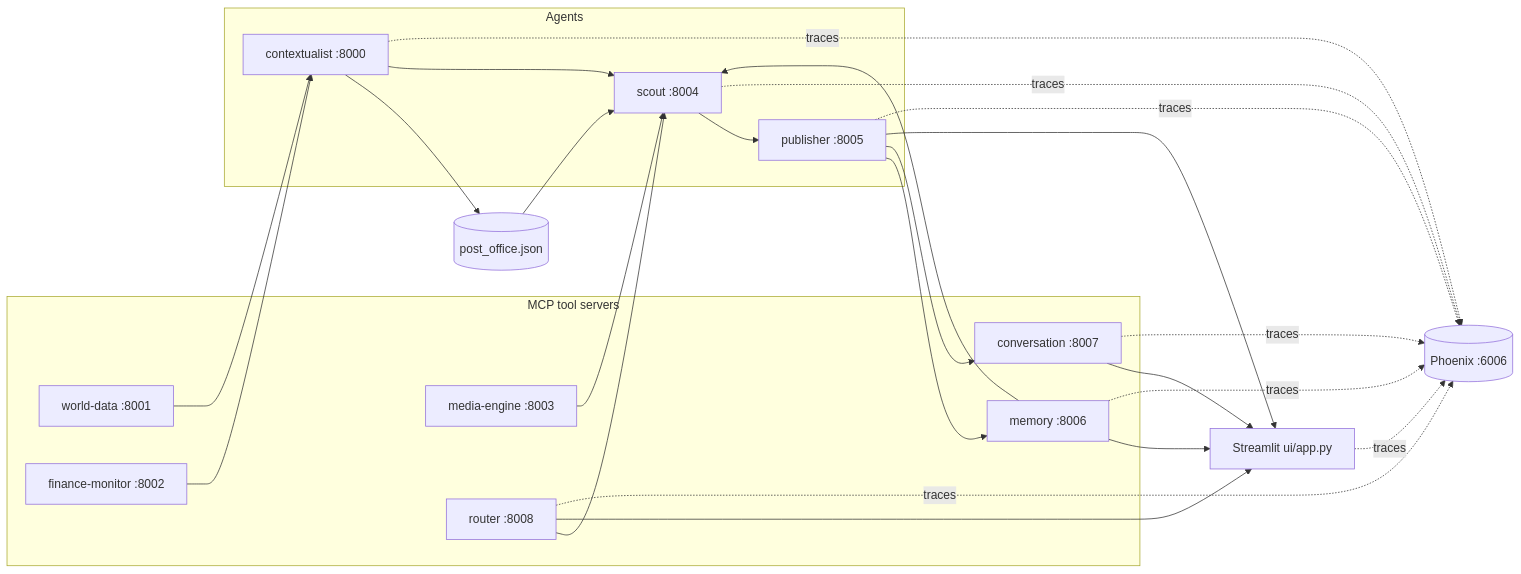
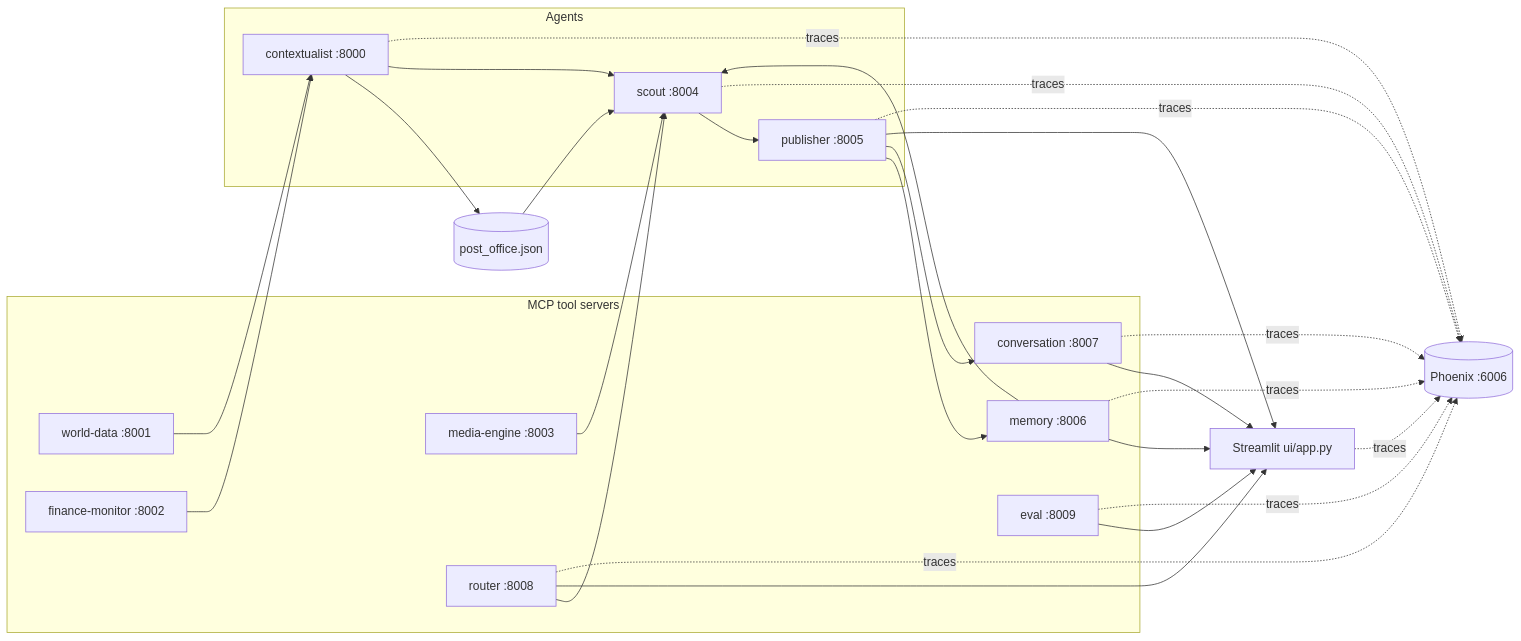
Before and after one commit to Keerthan22-sys/multi-agent-system-a2a-mcp: the diagram in README.md, drawn with Mermaid. The commit also changed other lines of this file, not shown here.

````diff
--- a/README.md
+++ b/README.md
@@ -7,41 +7,44 @@
 ```mermaid
 flowchart LR
   subgraph tools [MCP tool servers]
     WD[world-data :8001]
     FM[finance-monitor :8002]
     ME[media-engine :8003]
     MEM[memory :8006]
     CONV[conversation :8007]
     RT[router :8008]
+    EV[eval :8009]
   end
   subgraph agents [Agents]
     CTX[contextualist :8000]
     SC[scout :8004]
     PUB[publisher :8005]
   end
   UI[Streamlit ui/app.py]
   PO[(post_office.json)]
   PHX[(Phoenix :6006)]
   RT --> SC
   WD --> CTX
   FM --> CTX
   CTX --> PO
   PO --> SC
   CTX --> SC
   ME --> SC
   MEM --> SC
   SC --> PUB
   PUB --> MEM
   PUB --> CONV
   PUB --> UI
   MEM --> UI
   CONV --> UI
   RT --> UI
+  EV --> UI
   CTX -.traces.-> PHX
   SC -.traces.-> PHX
   PUB -.traces.-> PHX
   MEM -.traces.-> PHX
   CONV -.traces.-> PHX
   RT -.traces.-> PHX
+  EV -.traces.-> PHX
   UI -.traces.-> PHX
 ```
````
